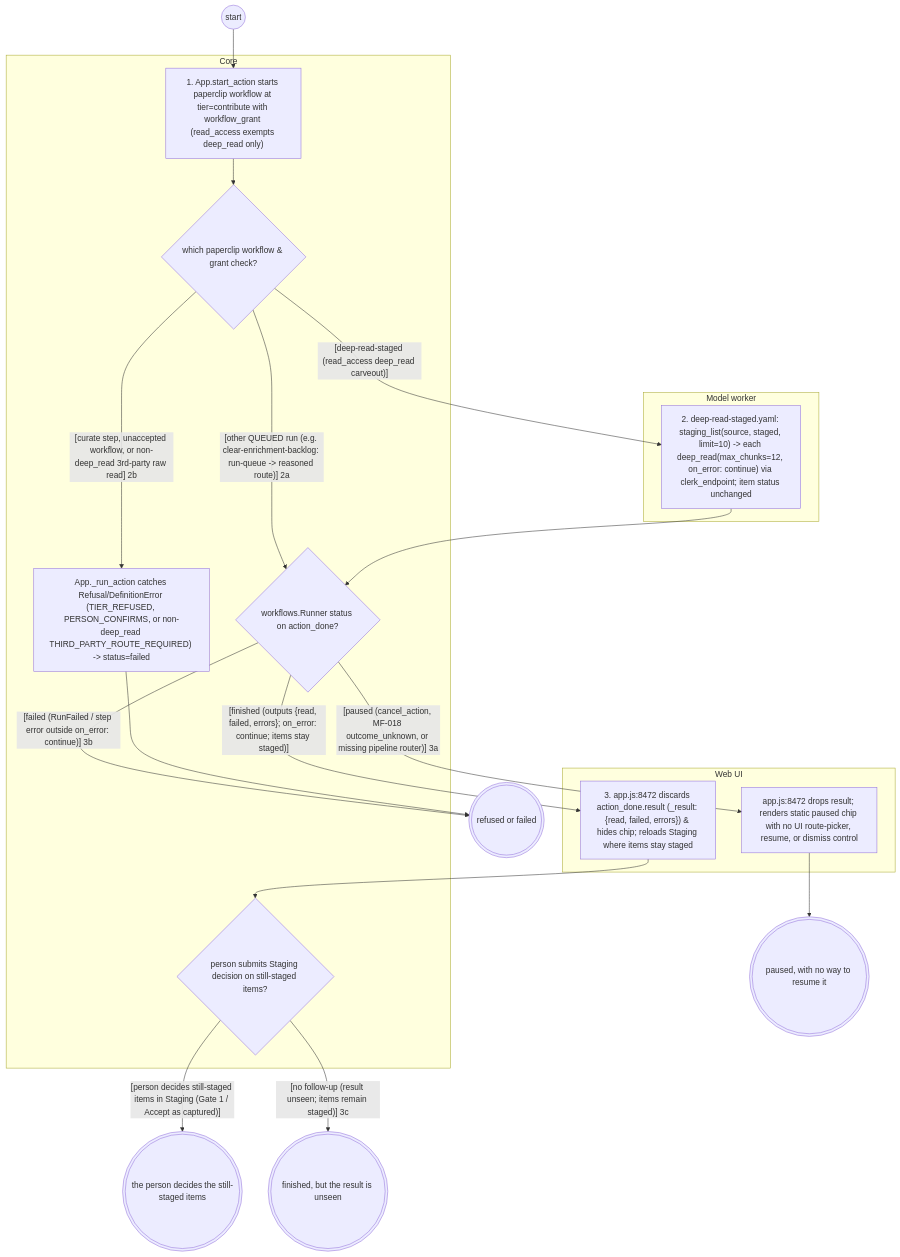
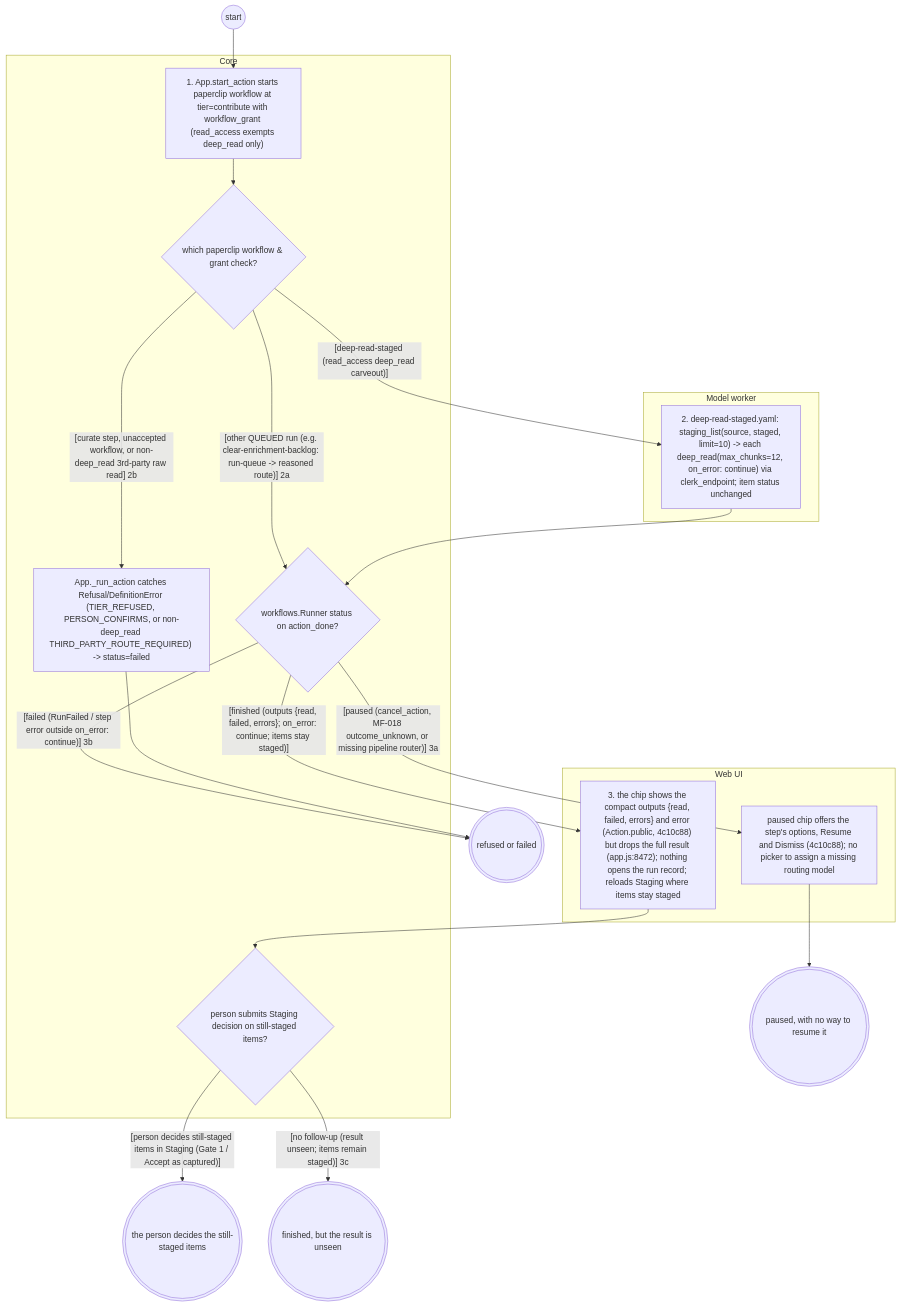
The diagram in reports/2026-11-25-systems-analysis-finalisation/librarian/as-is/views/workflow-run.views.md (Jake36999/Librarian_V2), drawn with Mermaid before and after one commit. The commit also changed other lines of this file and 30 other files, not shown here.

````diff
--- a/reports/2026-11-25-systems-analysis-finalisation/librarian/as-is/views/workflow-run.views.md
+++ b/reports/2026-11-25-systems-analysis-finalisation/librarian/as-is/views/workflow-run.views.md
@@ -52,37 +52,37 @@
 ```mermaid
 flowchart TD
   subgraph Core["Core"]
     ui_wf_start["1. App.start_action starts paperclip workflow at tier=contribute with workflow_grant (read_access exempts deep_read only)"]
     dwf_route{"which paperclip workflow & grant check?"}
     dwf_outcome{"workflows.Runner status on action_done?"}
     dwf_followup{"person submits Staging decision on still-staged items?"}
     wf_refused["App._run_action catches Refusal/DefinitionError (TIER_REFUSED, PERSON_CONFIRMS, or non-deep_read THIRD_PARTY_ROUTE_REQUIRED) -> status=failed"]
   end
   subgraph Web_UI["Web UI"]
-    ui_drop_result["3. app.js:8472 discards action_done.result (_result: {read, failed, errors}) & hides chip; reloads Staging where items stay staged"]
-    wf_paused_chip["app.js:8472 drops result; renders static paused chip with no UI route-picker, resume, or dismiss control"]
+    ui_drop_result["3. the chip shows the compact outputs {read, failed, errors} and error (Action.public, 4c10c88) but drops the full result (app.js:8472); nothing opens the run record; reloads Staging where items stay staged"]
+    wf_paused_chip["paused chip offers the step's options, Resume and Dismiss (4c10c88); no picker to assign a missing routing model"]
   end
   subgraph Model_worker["Model worker"]
     wf_deep_read["2. deep-read-staged.yaml: staging_list(source, staged, limit=10) -> each deep_read(max_chunks=12, on_error: continue) via clerk_endpoint; item status unchanged"]
   end
   s(("start"))
   e_success((("the person decides the still-staged items")))
   e_partial((("finished, but the result is unseen")))
   e_paused((("paused, with no way to resume it")))
   e_escalated((("refused or failed")))
   s --> ui_wf_start
   ui_wf_start --> dwf_route
   dwf_route -->|"[deep-read-staged (read_access deep_read carveout)]"| wf_deep_read
   dwf_route -->|"[other QUEUED run (e.g. clear-enrichment-backlog: run-queue -> reasoned route)] 2a"| dwf_outcome
   dwf_route -->|"[curate step, unaccepted workflow, or non-deep_read 3rd-party raw read] 2b"| wf_refused
   wf_deep_read --> dwf_outcome
   dwf_outcome -->|"[finished (outputs {read, failed, errors}; on_error: continue; items stay staged)]"| ui_drop_result
   dwf_outcome -->|"[paused (cancel_action, MF-018 outcome_unknown, or missing pipeline router)] 3a"| wf_paused_chip
   dwf_outcome -->|"[failed (RunFailed / step error outside on_error: continue)] 3b"| e_escalated
   ui_drop_result --> dwf_followup
   dwf_followup -->|"[person decides still-staged items in Staging (Gate 1 / Accept as captured)]"| e_success
   dwf_followup -->|"[no follow-up (result unseen; items remain staged)] 3c"| e_partial
   wf_paused_chip --> e_paused
   wf_refused --> e_escalated
   classDef ext stroke:#d9534f,stroke-width:2px
 ```
````
